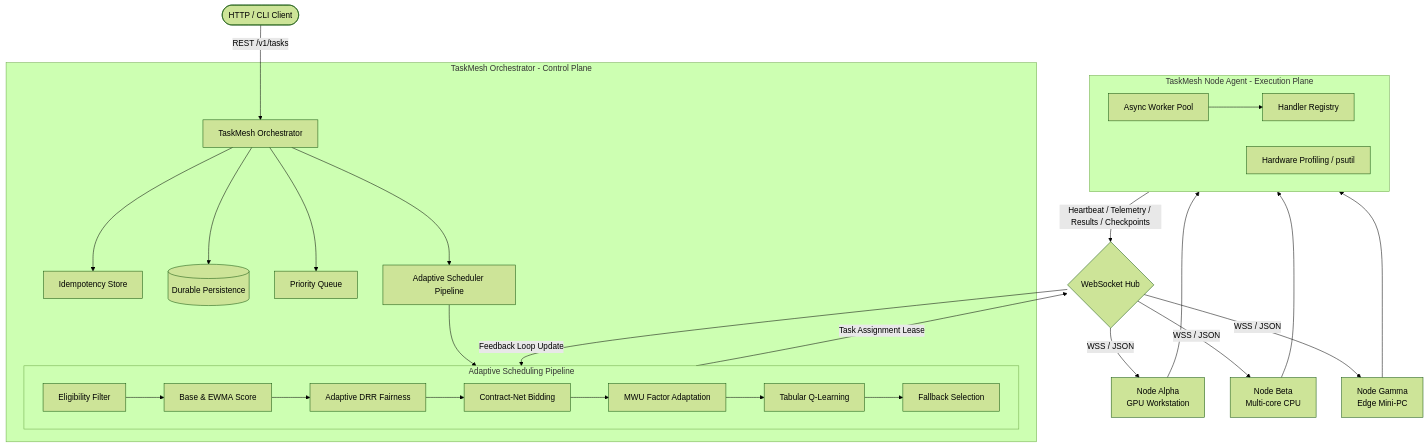
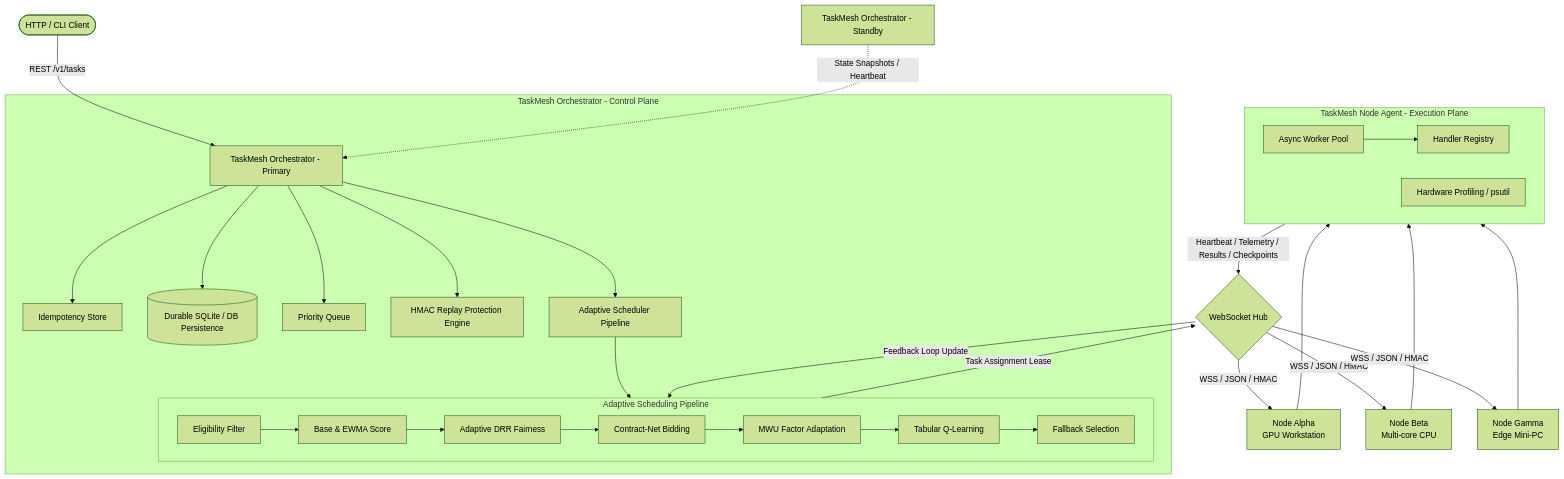
Before and after one commit to arjun1Fa/Task_Mesh: the diagram in README.md, drawn with Mermaid (forest theme). The commit also changed other lines of this file, not shown here.

Commit message:
docs(readme): update final architecture, status matrix, LAN guide, security, and benchmark results

````diff
--- a/README.md
+++ b/README.md
@@ -11,41 +11,43 @@
 ```mermaid
 flowchart TD
-    Client([HTTP / CLI Client]) -->|REST /v1/tasks| Orch[TaskMesh Orchestrator]
+    Client([HTTP / CLI Client]) -->|REST /v1/tasks| Orch[TaskMesh Orchestrator - Primary]
+    Standby[TaskMesh Orchestrator - Standby] -.->|State Snapshots / Heartbeat| Orch
 
     subgraph ControlPlane [TaskMesh Orchestrator - Control Plane]
         Orch --> Idemp[Idempotency Store]
-        Orch --> Repo[(Durable Persistence)]
+        Orch --> Repo[(Durable SQLite / DB Persistence)]
         Orch --> PQ[Priority Queue]
+        Orch --> Sec[HMAC Replay Protection Engine]
         Orch --> Sched[Adaptive Scheduler Pipeline]
         
         subgraph Pipeline [Adaptive Scheduling Pipeline]
             Elig[Eligibility Filter] --> Score[Base & EWMA Score]
             Score --> DRR[Adaptive DRR Fairness]
             DRR --> Bid[Contract-Net Bidding]
             Bid --> MWU[MWU Factor Adaptation]
             MWU --> RL[Tabular Q-Learning]
             RL --> Fallback[Fallback Selection]
         end
         Sched --> Pipeline
     end
 
     Pipeline -->|Task Assignment Lease| WSHub{WebSocket Hub}
 
-    WSHub -->|WSS / JSON| NodeA[Node Alpha\nGPU Workstation]
-    WSHub -->|WSS / JSON| NodeB[Node Beta\nMulti-core CPU]
-    WSHub -->|WSS / JSON| NodeC[Node Gamma\nEdge Mini-PC]
+    WSHub -->|WSS / JSON / HMAC| NodeA[Node Alpha\nGPU Workstation]
+    WSHub -->|WSS / JSON / HMAC| NodeB[Node Beta\nMulti-core CPU]
+    WSHub -->|WSS / JSON / HMAC| NodeC[Node Gamma\nEdge Mini-PC]
 
     subgraph NodeAgent [TaskMesh Node Agent - Execution Plane]
         WorkerPool[Async Worker Pool]
         Reg[Handler Registry]
         HW[Hardware Profiling / psutil]
         WorkerPool --> Reg
     end
 
     NodeA --> NodeAgent
     NodeB --> NodeAgent
     NodeC --> NodeAgent
 
     NodeAgent -->|Heartbeat / Telemetry / Results / Checkpoints| WSHub
     WSHub -->|Feedback Loop Update| Pipeline
 ```
````
